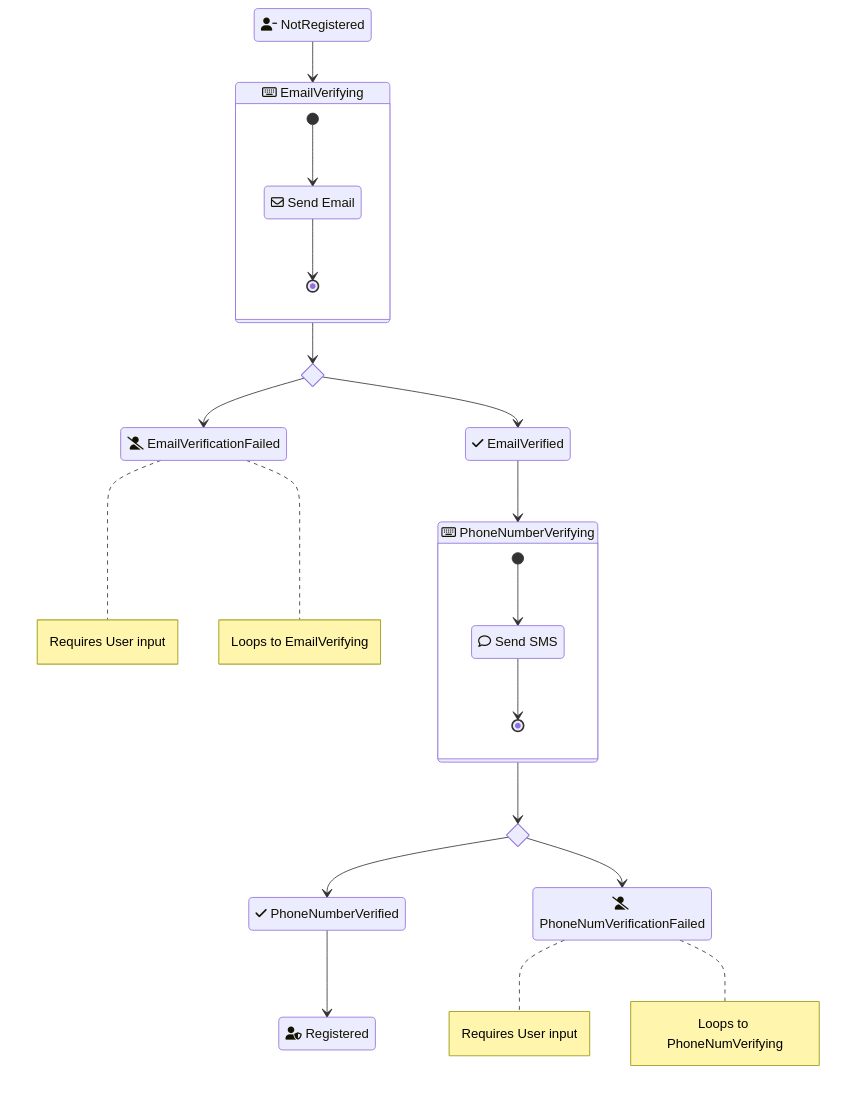
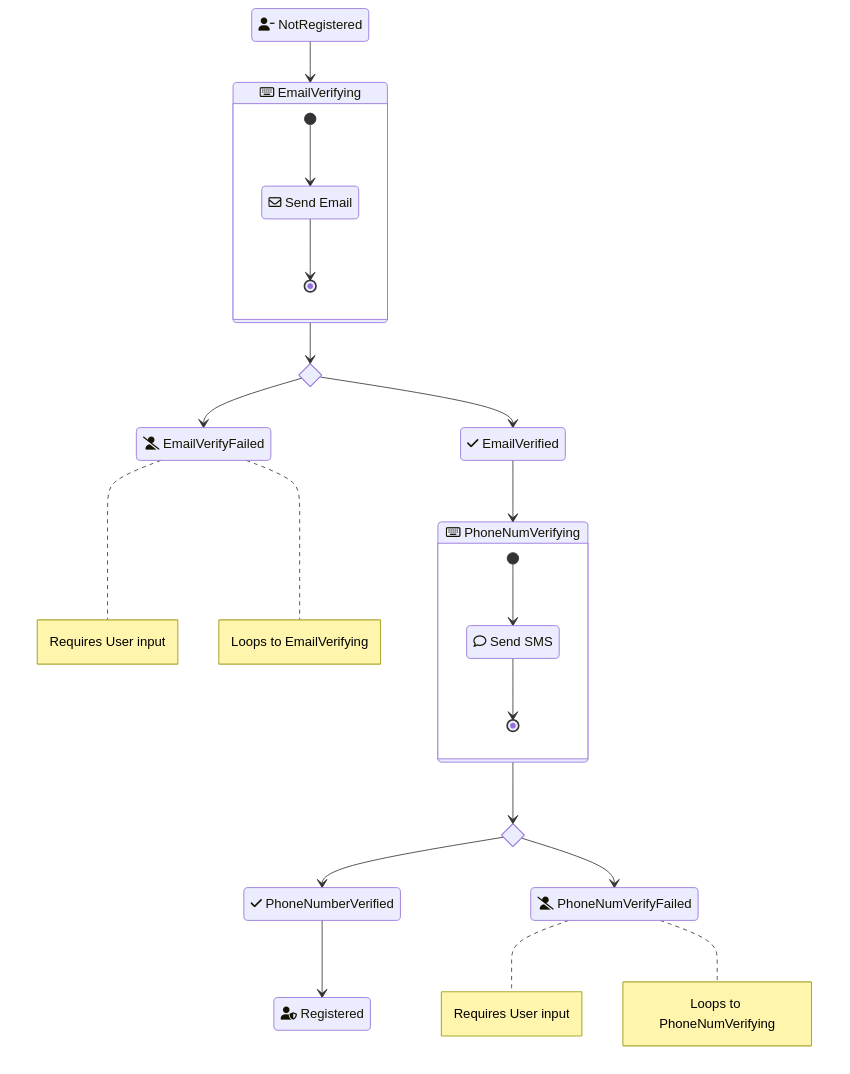
One commit to jangot/archipelago-rules changed the diagram in docs/user-registration-state.md. Above: the diagram before and after it, drawn with Mermaid.

Commit message:
Updated user registration mermaid diagram to abbreviate truncated text

````diff
--- a/docs/user-registration-state.md
+++ b/docs/user-registration-state.md
@@ -2,50 +2,52 @@
 ```mermaid
 ---
 config:
   title: User Registration States
   class:
     theme: base
 ---
 %% Could not fully model the Email and PhoneNumber Verification Failure states as the layout
 %% of the diagram doesn't flow properly when looping back here (hence the Notes)
 
 stateDiagram-v2
   state email_success <<choice>>
   state phoneNumber_success <<choice>>
 
   NotRegistered --> EmailVerifying
   NotRegistered: <i class="fas fa-user-minus"></i> NotRegistered
   EmailVerifying: <i class="far fa-keyboard"></i> EmailVerifying
   state EmailVerifying {
       [*] --> SendEmail
       SendEmail: <i class="far fa-envelope"></i> Send Email
       SendEmail --> [*]
   }
   EmailVerifying --> email_success
   email_success --> EmailVerified
   EmailVerified: <i class="fas fa-check"></i> EmailVerified
-  EmailVerified --> PhoneNumberVerifying
-  email_success --> EmailVerificationFailed
-  EmailVerificationFailed: <i class="fas fa-user-slash"></i> EmailVerificationFailed
-  note right of EmailVerificationFailed: Requires User input
-  note right of EmailVerificationFailed: Loops to EmailVerifying
-  %% EmailVerificationFailed --> EmailVerifying
+  EmailVerified --> PhoneNumVerifying
+  %% Real name of PhoneNumVerifying == PhoneNumberVerifying (abbreviating to make it fit in diagram)
+  %% Real name of EmailVerifyFailed == EmailVerificationFailed (abbreviating to make it fit in diagram)
+  email_success --> EmailVerifyFailed
+  EmailVerifyFailed: <i class="fas fa-user-slash"></i> EmailVerifyFailed
+  note right of EmailVerifyFailed: Requires User input
+  note right of EmailVerifyFailed: Loops to EmailVerifying
+  %% EmailVerifyFailed --> EmailVerifying 
 
-  PhoneNumberVerifying: <i class="far fa-keyboard"></i> PhoneNumberVerifying
-  state PhoneNumberVerifying {
+  PhoneNumVerifying: <i class="far fa-keyboard"></i> PhoneNumVerifying
+  state PhoneNumVerifying {
       [*] --> SendSMS
       SendSMS: <i class="far fa-comment"></i> Send SMS
       SendSMS --> [*]
   }
-  PhoneNumberVerifying --> phoneNumber_success
+  PhoneNumVerifying --> phoneNumber_success
   phoneNumber_success --> PhoneNumberVerified
   PhoneNumberVerified: <i class="fas fa-check"></i> PhoneNumberVerified
   PhoneNumberVerified --> Registered
   Registered: <i class="fas fa-user-shield"></i> Registered
-  phoneNumber_success --> PhoneNumVerificationFailed %% (PhoneNumberVerificationFailed: real name had to abbreviate to fit)
-  PhoneNumVerificationFailed: <i class="fas fa-user-slash"></i> PhoneNumVerificationFailed
-  note right of PhoneNumVerificationFailed: Requires User input
-  note right of PhoneNumVerificationFailed: Loops to PhoneNumVerifying
-  %% PhoneNumberVerificationFailed --> PhoneNumVerifying
+  phoneNumber_success --> PhoneNumVerifyFailed %% (PhoneNumberVerificationFailed: real name had to abbreviate to fit)
+  PhoneNumVerifyFailed: <i class="fas fa-user-slash"></i> PhoneNumVerifyFailed
+  note right of PhoneNumVerifyFailed: Requires User input
+  note right of PhoneNumVerifyFailed: Loops to PhoneNumVerifying
+  %% PhoneNumVerifyFailed --> PhoneNumVerifying
 
 ```
````
